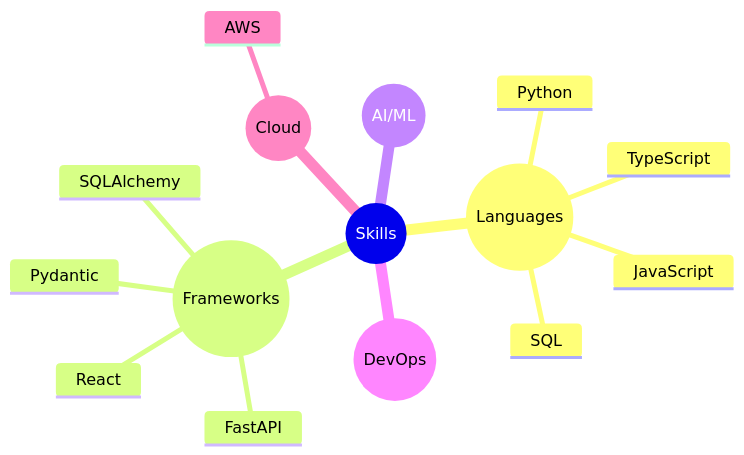
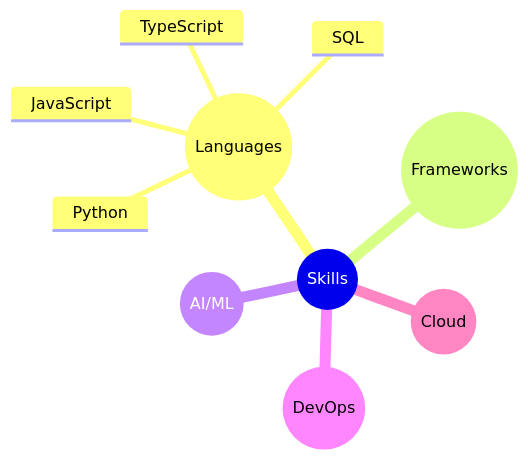
One commit to j-gonzdev/j-gonzdev changed the diagram in README.md. Above: the diagram before and after it, drawn with Mermaid.

````diff
--- a/README.md
+++ b/README.md
@@ -5,18 +5,13 @@
 ```mermaid
 mindmap
   root((Skills))
     ((Languages))
       Python
       JavaScript
       TypeScript
       SQL
     ((Frameworks))
-      React
-      FastAPI
-      Pydantic
-      SQLAlchemy
     ((AI/ML))
     ((DevOps))
     ((Cloud))
-      AWS
 ```
````
